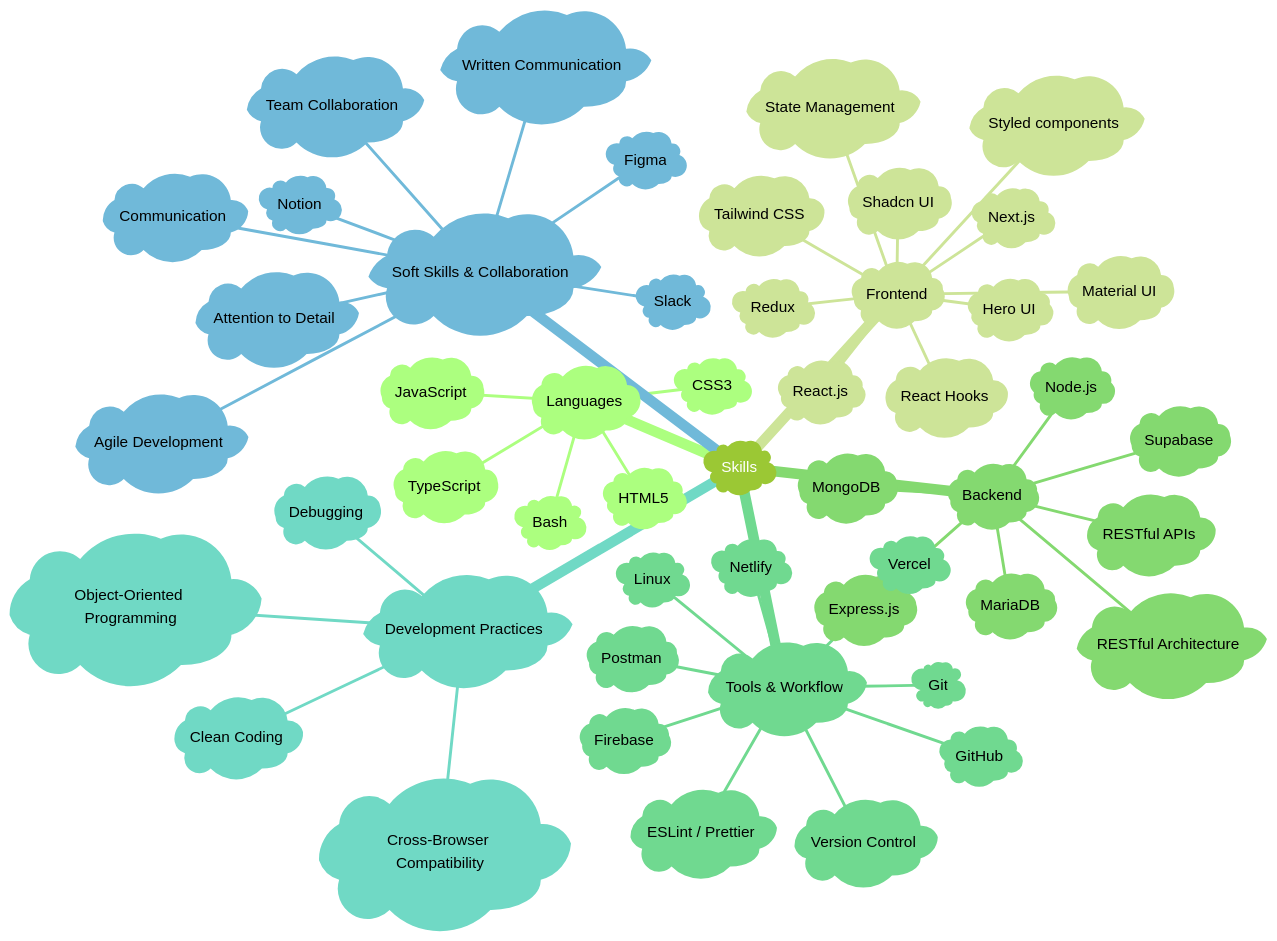
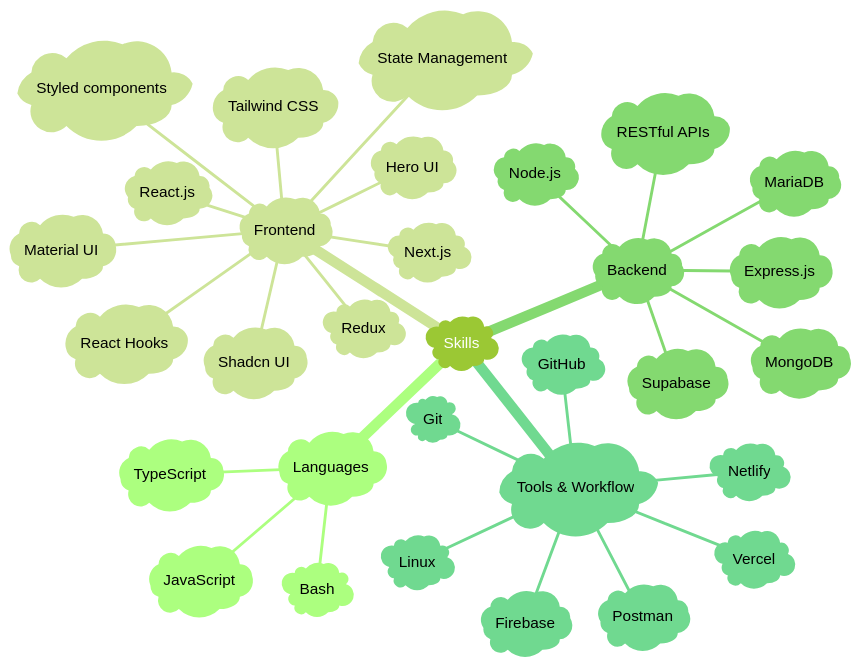
Before and after one commit to shantoopaul/shantoopaul: the diagram in README.md, drawn with Mermaid.

Commit message:
trying out mindmaps

````diff
--- a/README.md
+++ b/README.md
@@ -31,57 +31,38 @@
 ```mermaid
 ---
 config:
   theme: 'forest'
 ---
 mindmap
     root)Skills(
         )Languages(
             )JavaScript(
             )TypeScript(
-            )HTML5(
-            )CSS3(
             )Bash(
         )Frontend(
             )React.js(
             )Next.js(
             )Redux(
             )React Hooks(
             )State Management(
             )Tailwind CSS(
             )Material UI(
             )Styled components(
             )Shadcn UI(            
             )Hero UI(
         )Backend(
             )Node.js(
             )Express.js(
             )MongoDB(
             )MariaDB(
             )Supabase(
             )RESTful APIs(
-            )RESTful Architecture(
         )Tools & Workflow(
             )Git(
             )GitHub(
-            )Version Control(
             )Postman(
-            )ESLint / Prettier(
             )Vercel(
             )Netlify(
             )Firebase(
             )Linux(
-        )Development Practices(
-            )Clean Coding(
-            )Debugging(
-            )Cross-Browser Compatibility(
-            )Object-Oriented Programming(
-        )Soft Skills & Collaboration(
-            )Agile Development(
-            )Communication(
-            )Written Communication(
-            )Attention to Detail(
-            )Team Collaboration(
-            )Figma(
-            )Slack(
-            )Notion(
 ```
````
